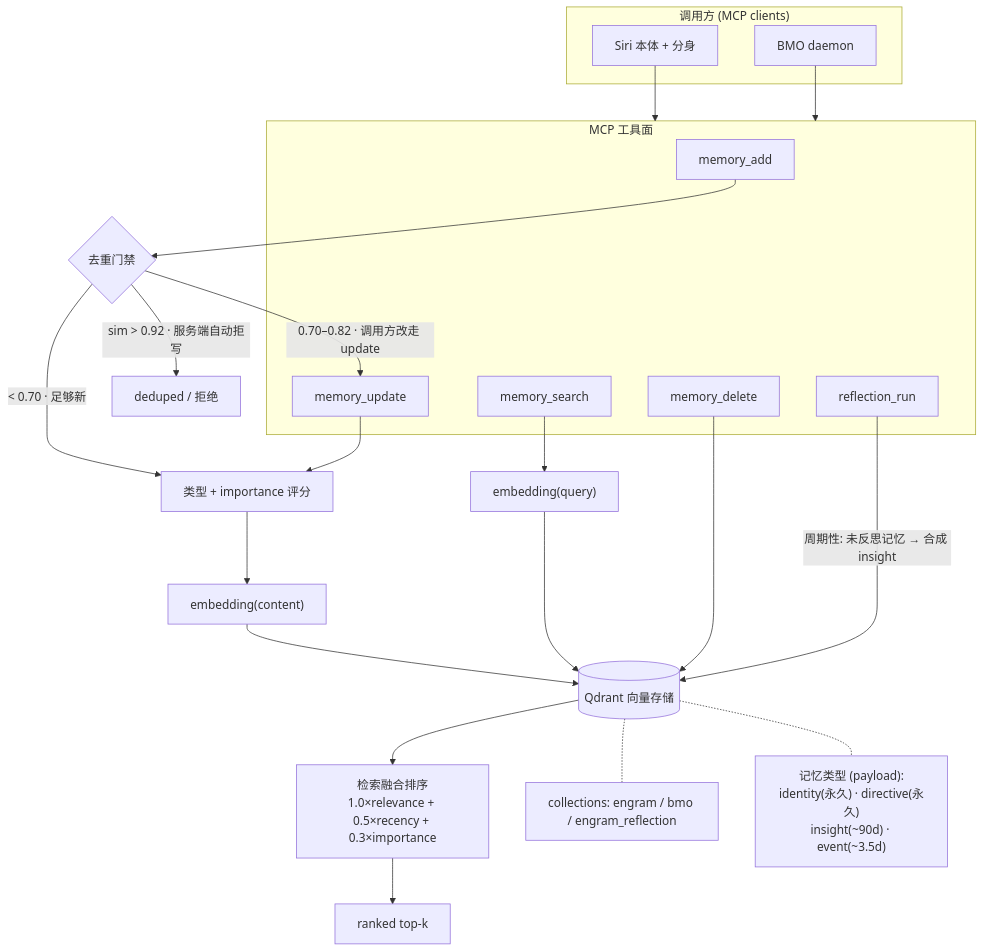
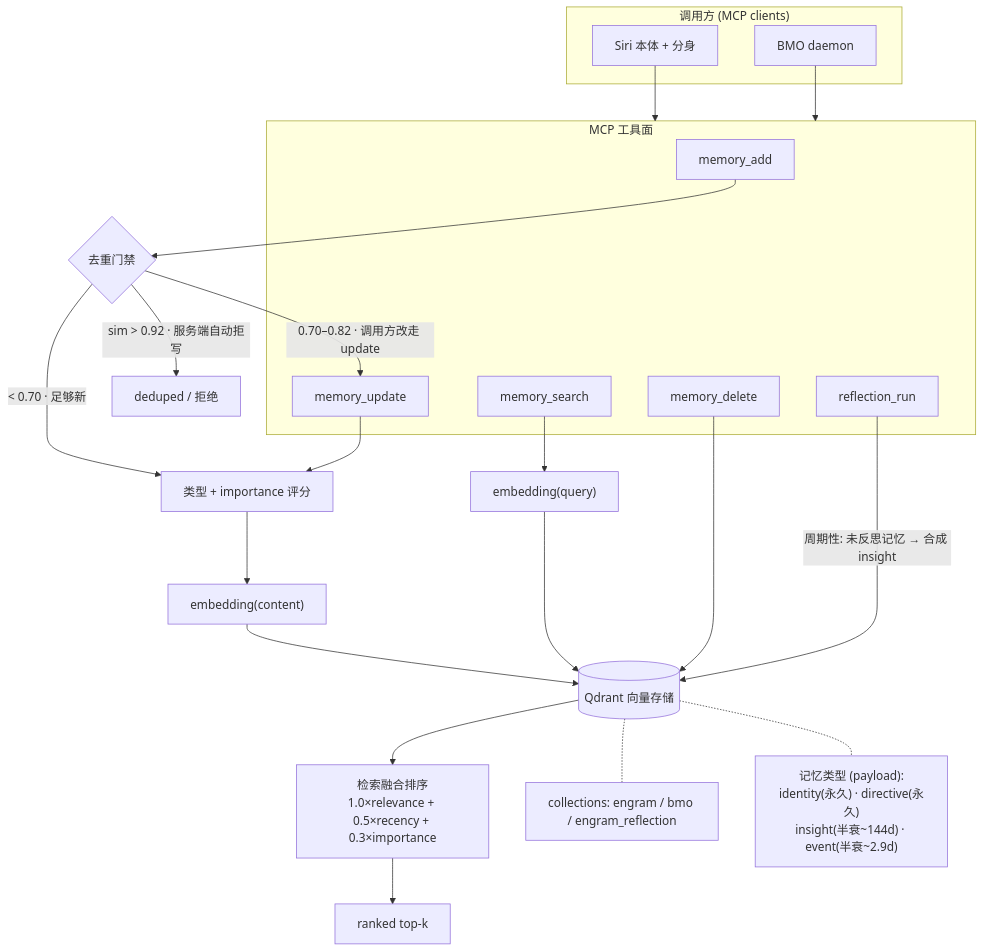
The diagram in README.md (FBISiri/engram), drawn with Mermaid before and after one commit. The commit also changed other lines of this file, not shown here.

````diff
--- a/README.md
+++ b/README.md
@@ -207,42 +218,42 @@
 ```mermaid
 flowchart TD
     subgraph Clients["调用方 (MCP clients)"]
         Siri["Siri 本体 + 分身"]
         BMO["BMO daemon"]
     end
 
     subgraph MCP["MCP 工具面"]
         ADD["memory_add"]
         SEARCH["memory_search"]
         UPDATE["memory_update"]
         DELETE["memory_delete"]
         REFLECT["reflection_run"]
     end
 
     Siri --> MCP
     BMO --> MCP
 
     %% ---- 写路径 ----
     ADD --> GATE{"去重门禁"}
     GATE -->|"sim > 0.92 · 服务端自动拒写"| DEDUP["deduped / 拒绝"]
     GATE -->|"0.70–0.82 · 调用方改走 update"| UPDATE
     GATE -->|"< 0.70 · 足够新"| SCORE["类型 + importance 评分"]
     UPDATE --> SCORE
     SCORE --> EMBEDW["embedding(content)"]
     EMBEDW --> QDRANT[("Qdrant 向量存储")]
 
     %% ---- 读路径 ----
     SEARCH --> EMBEDQ["embedding(query)"]
     EMBEDQ --> QDRANT
     QDRANT --> FUSION["检索融合排序<br/>1.0×relevance + 0.5×recency + 0.3×importance"]
     FUSION --> RANKED["ranked top-k"]
 
     DELETE --> QDRANT
 
     %% ---- reflection ----
     REFLECT -->|"周期性: 未反思记忆 → 合成 insight"| QDRANT
 
     %% ---- 存储内部 ----
     QDRANT -.- COLS["collections: engram / bmo / engram_reflection"]
-    QDRANT -.- TYPES["记忆类型 (payload):<br/>identity(永久) · directive(永久)<br/>insight(~90d) · event(~3.5d)"]
+    QDRANT -.- TYPES["记忆类型 (payload):<br/>identity(永久) · directive(永久)<br/>insight(半衰~144d) · event(半衰~2.9d)"]
 ```
````
